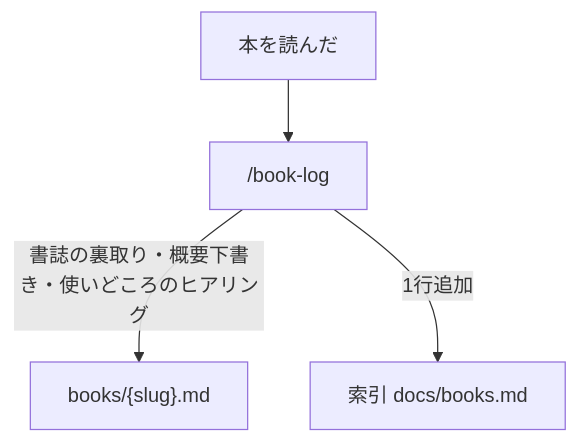
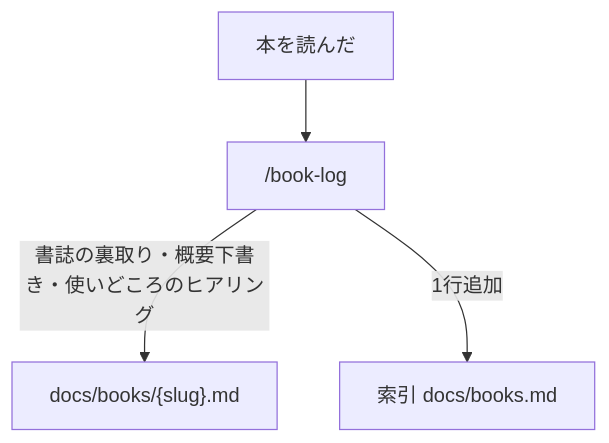
The second of 2 diagrams in docs/workflow.md (ysrkw/blogs), drawn with Mermaid before and after one commit. The commit also changed other lines of this file and 52 other files, not shown here.

````diff
--- a/docs/workflow.md
+++ b/docs/workflow.md
@@ -32,6 +32,6 @@
 ```mermaid
 flowchart TD
     A["本を読んだ"] --> B["/book-log"]
-    B -->|"書誌の裏取り・概要下書き・使いどころのヒアリング"| C["books/{slug}.md"]
+    B -->|"書誌の裏取り・概要下書き・使いどころのヒアリング"| C["docs/books/{slug}.md"]
     B -->|"1行追加"| D["索引 docs/books.md"]
 ```
````
